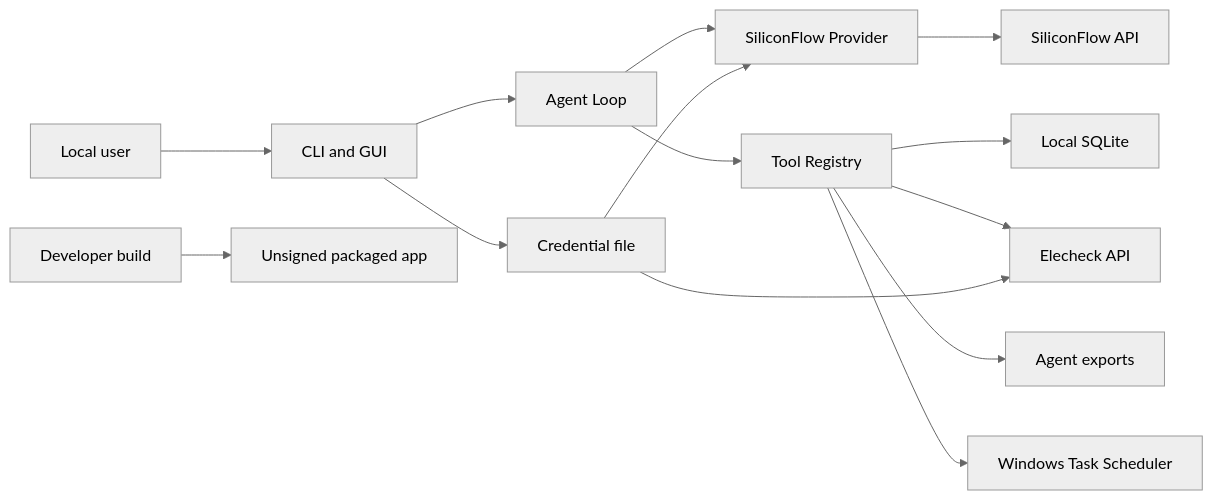
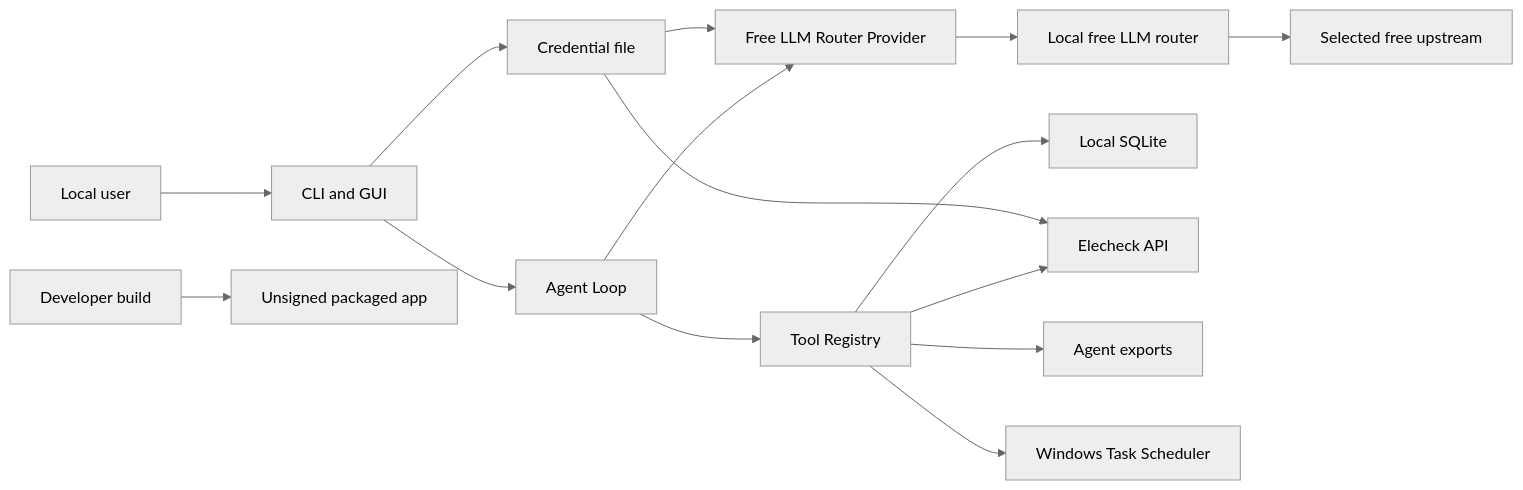
The diagram in docs/AGENT_THREAT_MODEL.md (wsnjxfy/powertrade_crawler), drawn with Mermaid (neutral theme) before and after one commit. The commit also changed other lines of this file and 30 other files, not shown here.

Commit message:
Add multi-source agent and free LLM routing

````diff
--- a/docs/AGENT_THREAT_MODEL.md
+++ b/docs/AGENT_THREAT_MODEL.md
@@ -87,16 +93,17 @@
 ```mermaid
 flowchart LR
     U["Local user"] --> UI["CLI and GUI"]
     UI --> AL["Agent Loop"]
-    AL --> PR["SiliconFlow Provider"]
-    PR --> SF["SiliconFlow API"]
+    AL --> PR["Free LLM Router Provider"]
+    PR --> LR["Local free LLM router"]
+    LR --> SF["Selected free upstream"]
     AL --> TR["Tool Registry"]
     TR --> DB["Local SQLite"]
     TR --> EC["Elecheck API"]
     TR --> EX["Agent exports"]
     TR --> WT["Windows Task Scheduler"]
     UI --> CF["Credential file"]
     CF --> PR
     CF --> EC
     DEV["Developer build"] --> BIN["Unsigned packaged app"]
 ```
````
